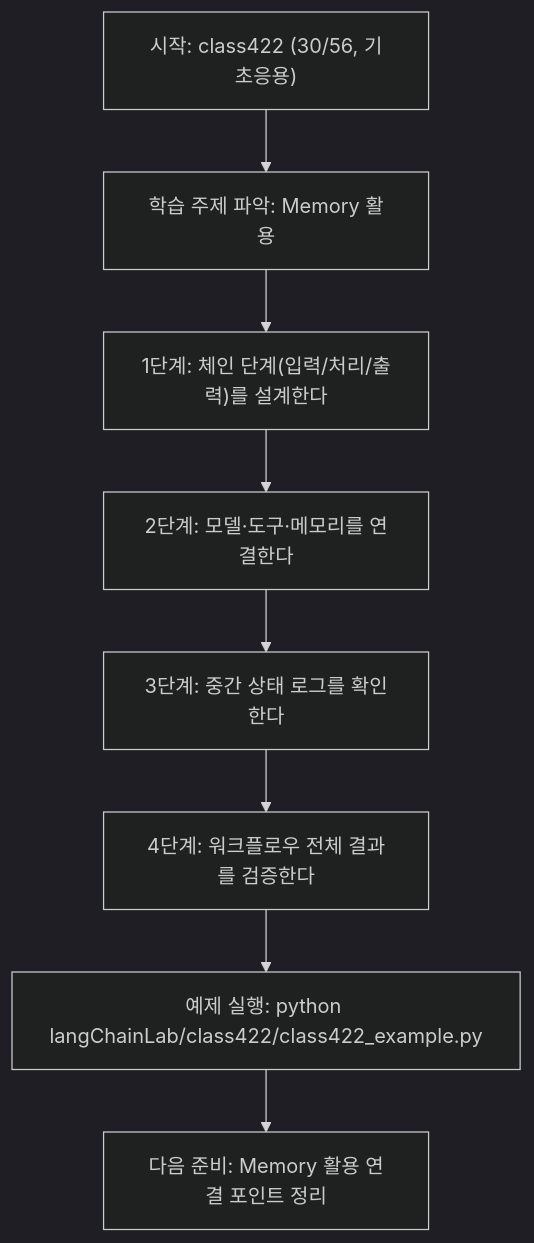
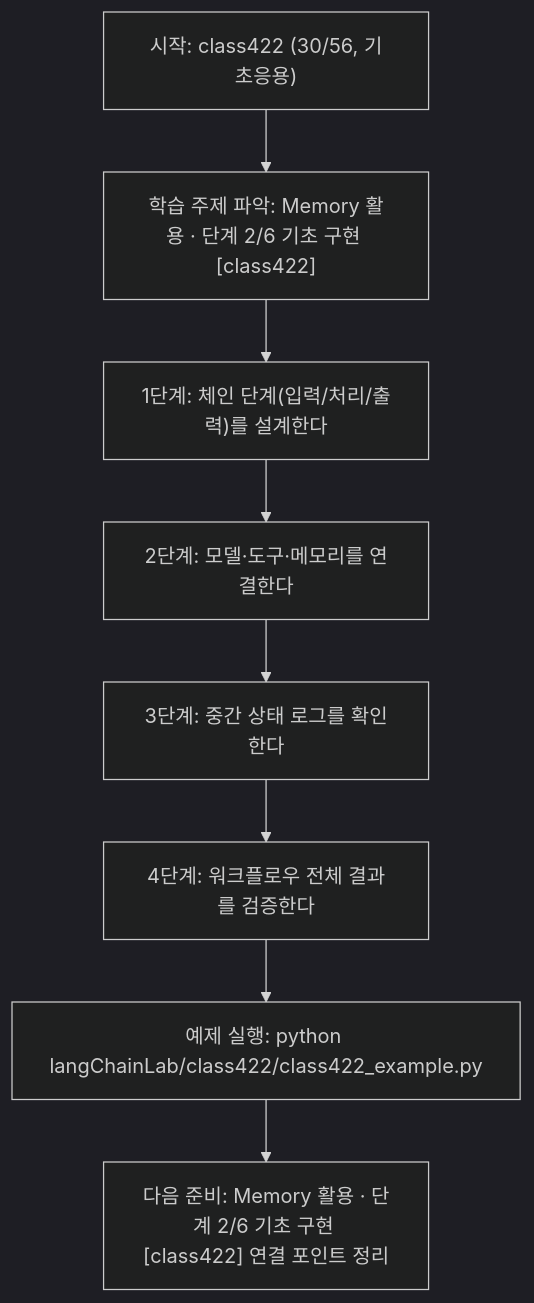
Before and after one commit to edumgt/Python-AI_Agent-Class: the diagram in langChainLab/class422/class422.md, drawn with Mermaid (dark theme). The commit also changed other lines of this file and 522 other files, not shown here.

````diff
--- a/langChainLab/class422/class422.md
+++ b/langChainLab/class422/class422.md
@@ -108,18 +109,18 @@
 ```mermaid
 flowchart TD
 N1["시작: class422 (30/56, 기초응용)"]
-N2["학습 주제 파악: Memory 활용"]
+N2["학습 주제 파악: Memory 활용 · 단계 2/6 기초 구현 [class422]"]
 N3["1단계: 체인 단계(입력/처리/출력)를 설계한다"]
 N4["2단계: 모델·도구·메모리를 연결한다"]
 N5["3단계: 중간 상태 로그를 확인한다"]
 N6["4단계: 워크플로우 전체 결과를 검증한다"]
 N7["예제 실행: python langChainLab/class422/class422_example.py"]
-N8["다음 준비: Memory 활용 연결 포인트 정리"]
+N8["다음 준비: Memory 활용 · 단계 2/6 기초 구현 [class422] 연결 포인트 정리"]
 N1 --> N2
 N2 --> N3
 N3 --> N4
 N4 --> N5
 N5 --> N6
 N6 --> N7
 N7 --> N8
 ```
````
